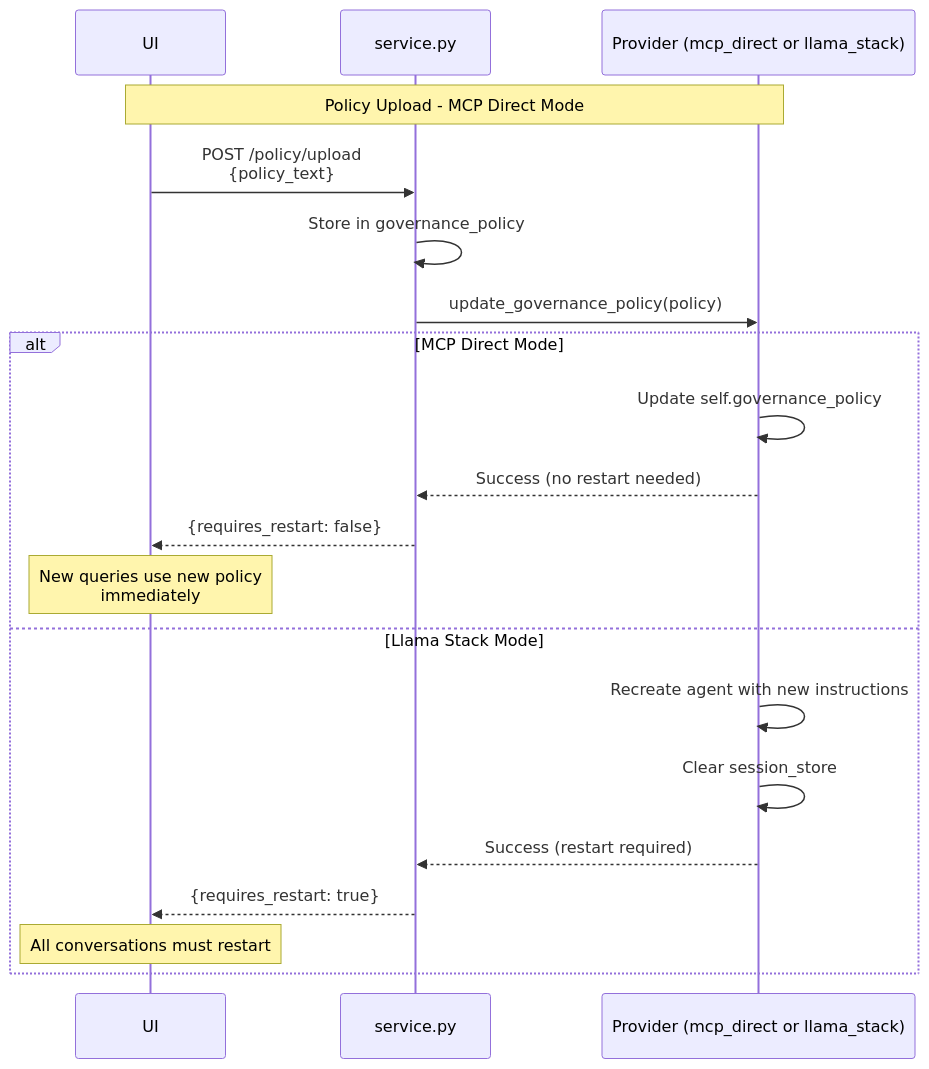
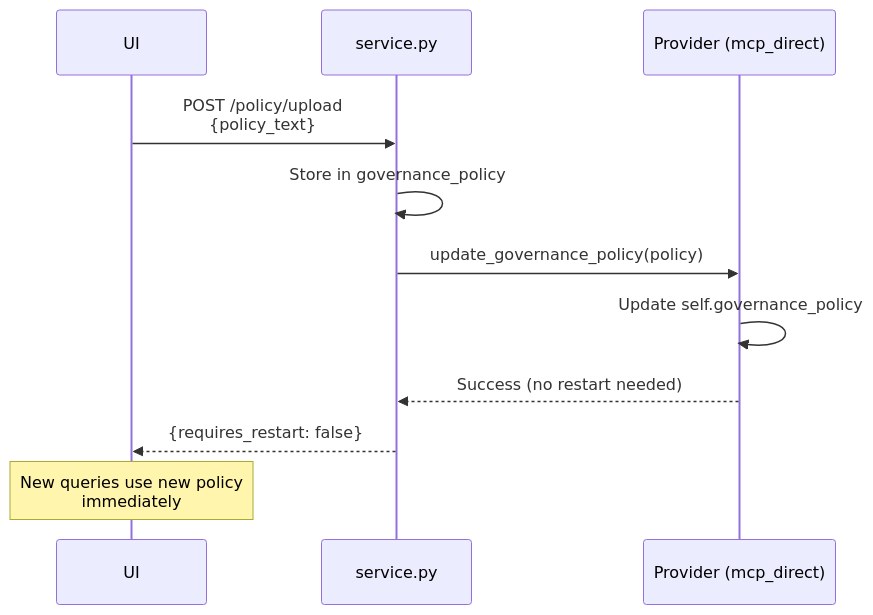
One commit to rh-ai-quickstart/data-governance-co-pilot changed the third of 6 diagrams in docs/API_DIAGRAM.md. Above: the diagram before and after it, drawn with Mermaid. The commit also changed other lines of this file and 33 other files, not shown here.

Commit message:
Remove MinIO; pin pg-airman-mcp to v1.0.0; make cluster builds reproducible; configurable GPU tolerations; drop Llama Stack from docs

````diff
--- a/docs/API_DIAGRAM.md
+++ b/docs/API_DIAGRAM.md
@@ -109,25 +109,14 @@
 ```mermaid
 sequenceDiagram
     participant UI as UI
     participant API as service.py
-    participant Provider as Provider (mcp_direct or llama_stack)
-    
-    Note over UI,Provider: Policy Upload - MCP Direct Mode
+    participant Provider as Provider (mcp_direct)
     
     UI->>API: POST /policy/upload<br/>{policy_text}
     API->>API: Store in governance_policy
     API->>Provider: update_governance_policy(policy)
-    
-    alt MCP Direct Mode
-        Provider->>Provider: Update self.governance_policy
-        Provider-->>API: Success (no restart needed)
-        API-->>UI: {requires_restart: false}
-        Note over UI: New queries use new policy<br/>immediately
-    else Llama Stack Mode
-        Provider->>Provider: Recreate agent with new instructions
-        Provider->>Provider: Clear session_store
-        Provider-->>API: Success (restart required)
-        API-->>UI: {requires_restart: true}
-        Note over UI: All conversations must restart
-    end
+    Provider->>Provider: Update self.governance_policy
+    Provider-->>API: Success (no restart needed)
+    API-->>UI: {requires_restart: false}
+    Note over UI: New queries use new policy<br/>immediately
 ```
````
